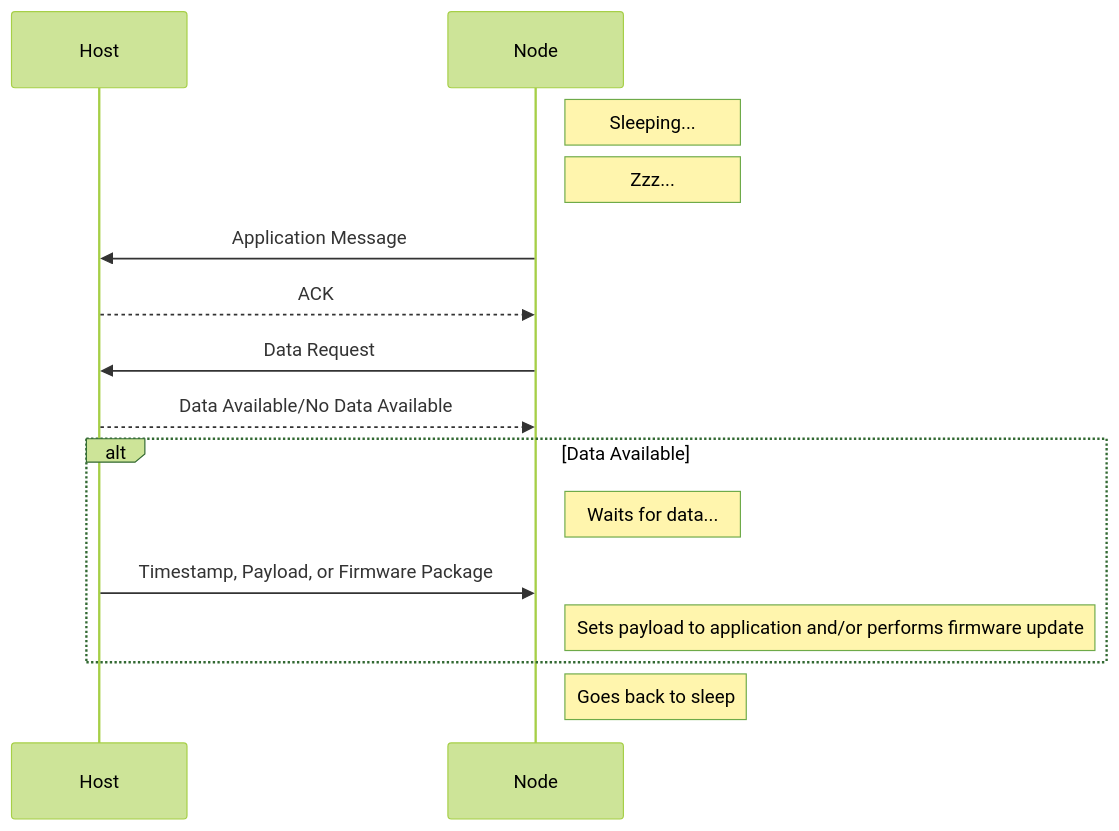
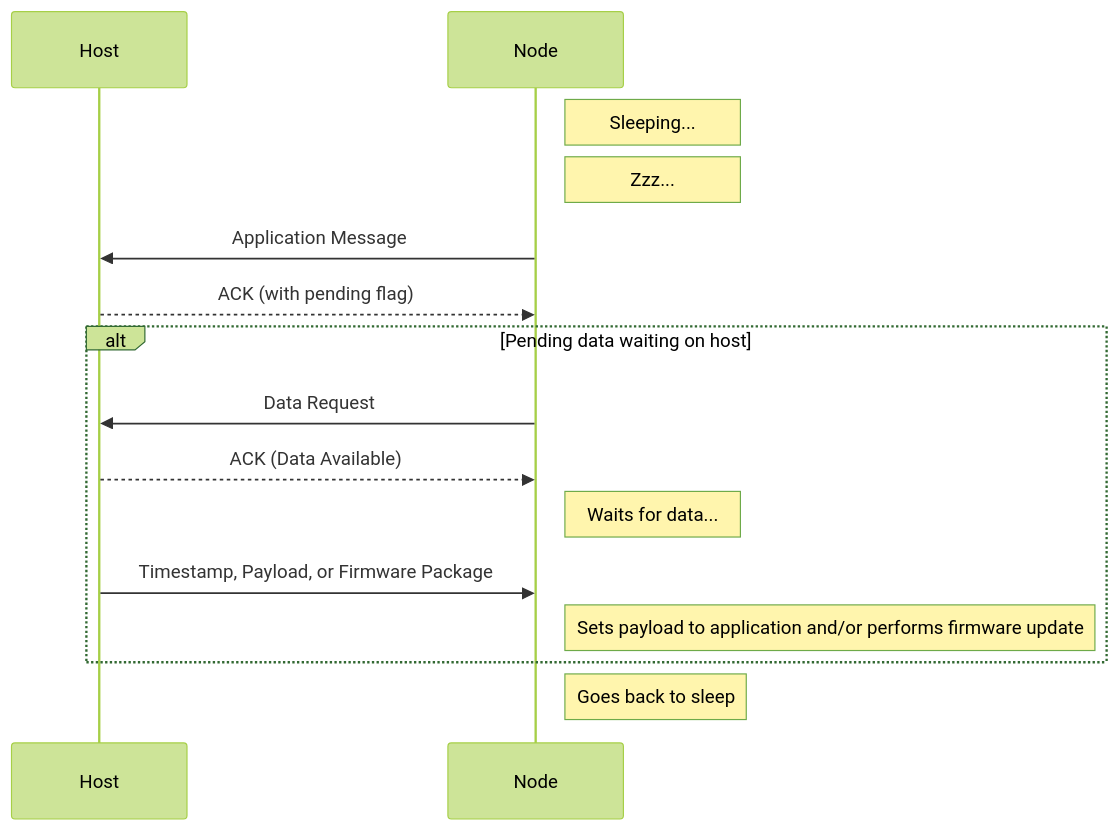
Before and after one commit to Johboh/ieee-802_15_4-network-node: the diagram in README.md, drawn with Mermaid (forest theme). The commit also changed other lines of this file and 1 other file, not shown here.

Commit message:
docs: update sequence diagram for conditional dataRequest and fix const cast - Update Mermaid sequence diagram to show conditional Data Request flow - Use const cast in ESP-IDF sleeping node example - Fix spacing typo in README.md

````diff
--- a/README.md
+++ b/README.md
@@ -21,19 +21,19 @@
 ```mermaid
 sequenceDiagram
     participant Host
     participant Node
 
     Note right of Node: Sleeping...
     Note right of Node: Zzz...
 
     Node->>Host: Application Message
-    Host-->>Node: ACK
-    Node->>Host: Data Request
-    Host-->>Node: Data Available/No Data Available
-    alt Data Available
+    Host-->>Node: ACK (with pending flag)
+    alt Pending data waiting on host
+        Node->>Host: Data Request
+        Host-->>Node: ACK (Data Available)
         Note right of Node: Waits for data...
         Host->>Node: Timestamp, Payload, or Firmware Package
         Note right of Node: Sets payload to application and/or performs firmware update
     end
     Note right of Node: Goes back to sleep
 ```
````
